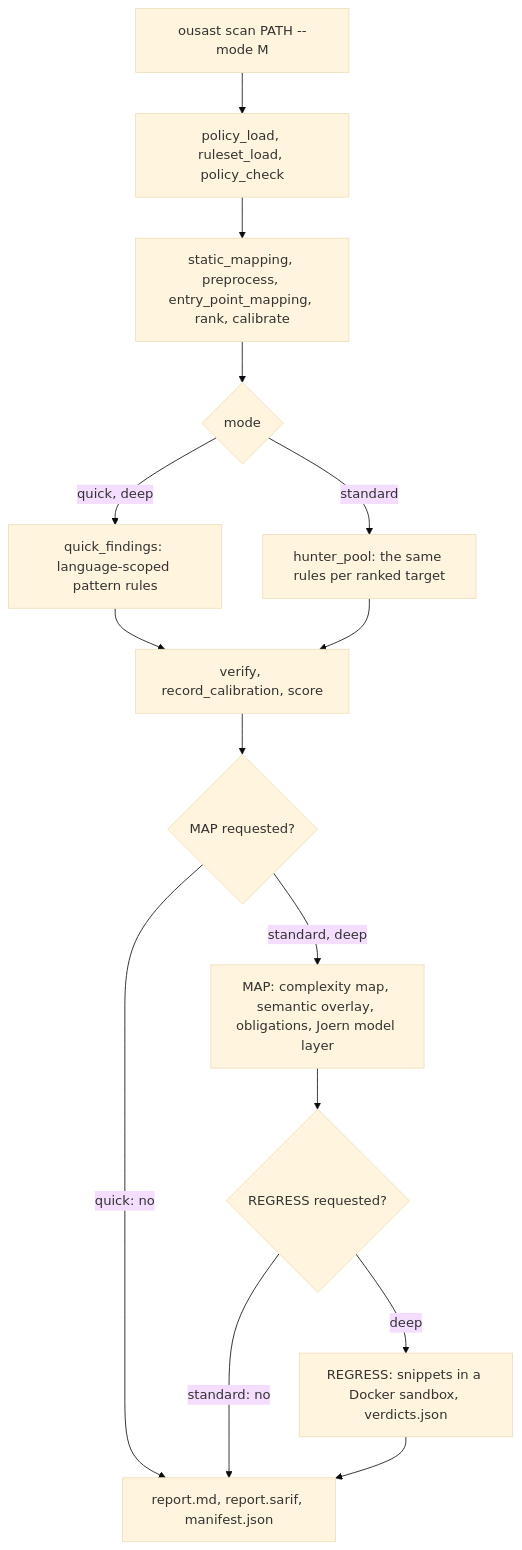
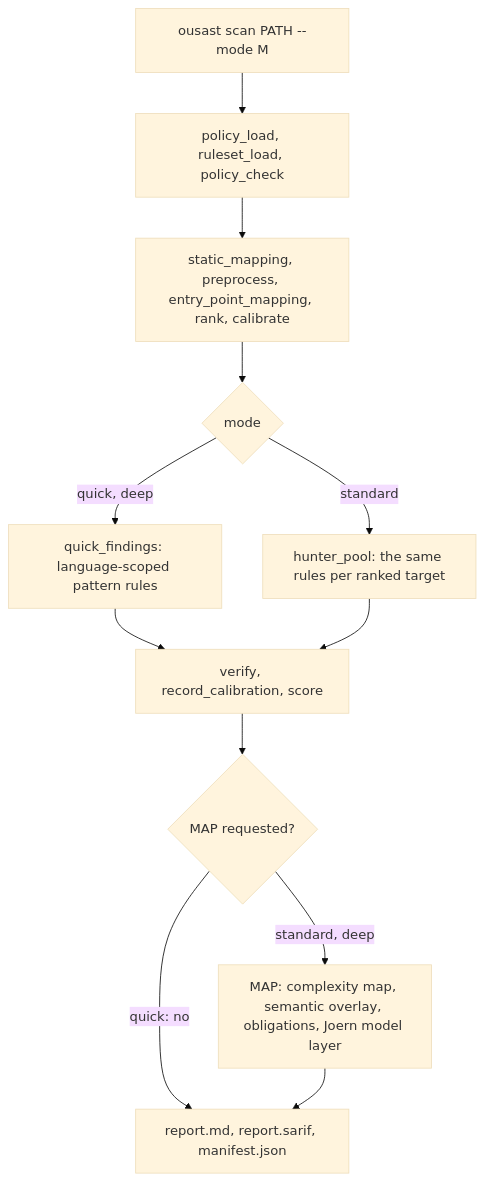
Before and after one commit to norandom/OpenUltraSAST: the first of 3 diagrams in docs/scanning.md, drawn with Mermaid (base theme). The commit also changed other lines of this file and 49 other files, not shown here.

````diff
--- a/docs/scanning.md
+++ b/docs/scanning.md
@@ -20,17 +20,14 @@
 ```mermaid
 flowchart TD
     start["ousast scan PATH --mode M"] --> policy["policy_load, ruleset_load, policy_check"]
     policy --> prep["static_mapping, preprocess, entry_point_mapping, rank, calibrate"]
     prep --> which{"mode"}
     which -- "quick, deep" --> qf["quick_findings: language-scoped pattern rules"]
     which -- "standard" --> hp["hunter_pool: the same rules per ranked target"]
     qf --> verify["verify, record_calibration, score"]
     hp --> verify
     verify --> mapq{"MAP requested?"}
     mapq -- "quick: no" --> out["report.md, report.sarif, manifest.json"]
     mapq -- "standard, deep" --> map["MAP: complexity map, semantic overlay, obligations, Joern model layer"]
-    map --> regq{"REGRESS requested?"}
-    regq -- "standard: no" --> out
-    regq -- "deep" --> reg["REGRESS: snippets in a Docker sandbox, verdicts.json"]
-    reg --> out
+    map --> out
 ```
````
